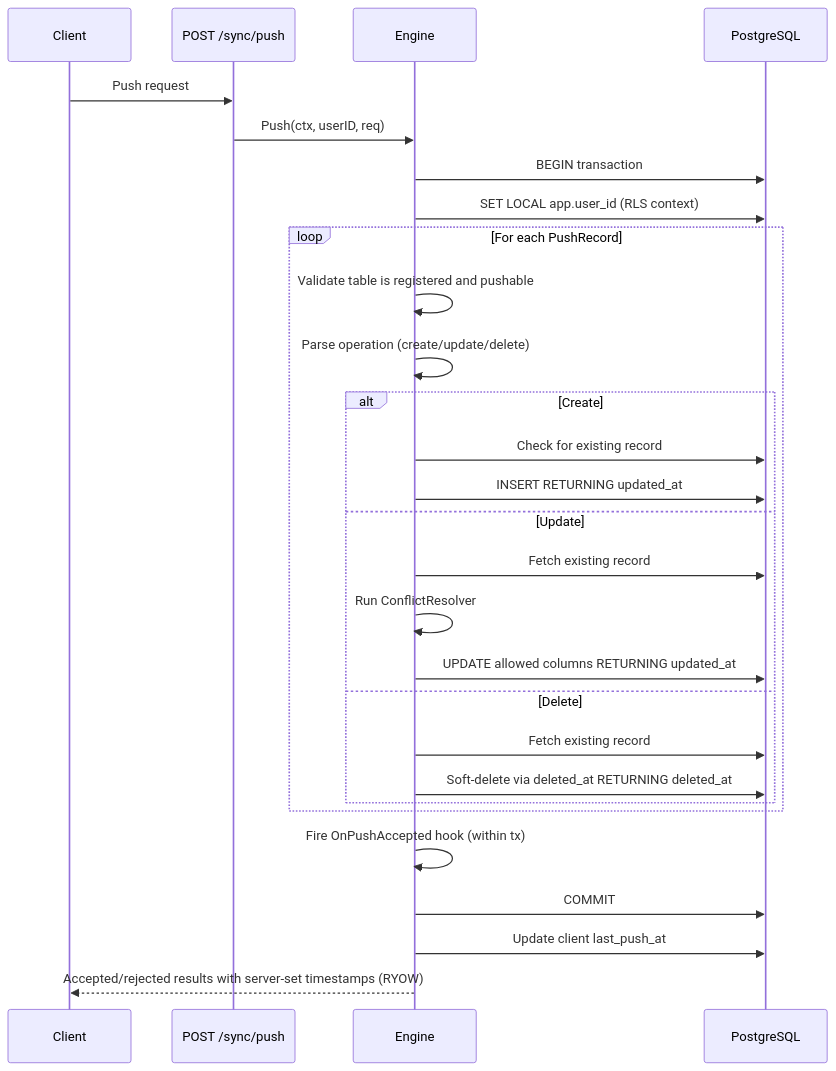
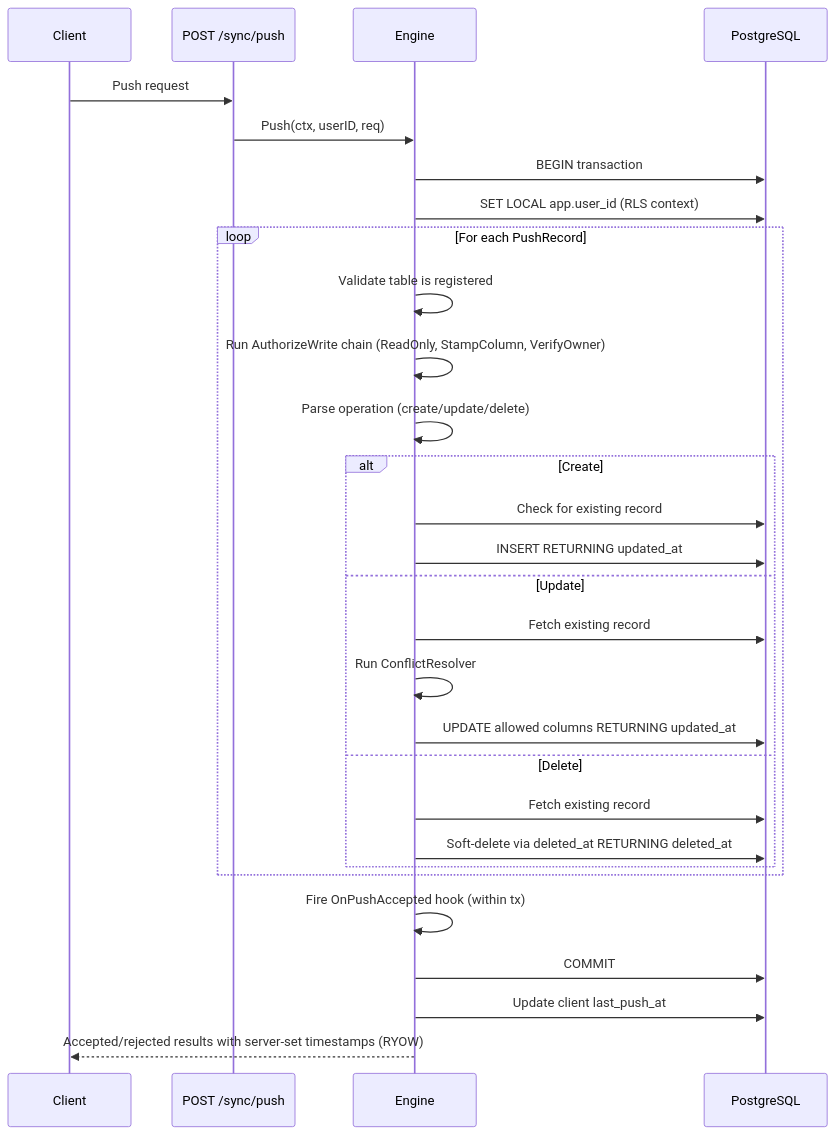
One commit to trainstar/synchro changed the second of 4 diagrams in docs/src/content/docs/server/architecture.md. Above: the diagram before and after it, drawn with Mermaid. The commit also changed other lines of this file and 57 other files, not shown here.

First line of the commit message:
feat: add checksum verification, schema introspection, and client SDK pull/push enhancements

```diff
--- a/docs/src/content/docs/server/architecture.md
+++ b/docs/src/content/docs/server/architecture.md
@@ -136,33 +179,34 @@
 <pre class="mermaid">
 sequenceDiagram
     participant Client
     participant Handler as POST /sync/push
     participant Engine
     participant DB as PostgreSQL
 
     Client->>Handler: Push request
     Handler->>Engine: Push(ctx, userID, req)
     Engine->>DB: BEGIN transaction
     Engine->>DB: SET LOCAL app.user_id (RLS context)
 
     loop For each PushRecord
-        Engine->>Engine: Validate table is registered and pushable
+        Engine->>Engine: Validate table is registered
+        Engine->>Engine: Run AuthorizeWrite chain (ReadOnly, StampColumn, VerifyOwner)
         Engine->>Engine: Parse operation (create/update/delete)
         alt Create
             Engine->>DB: Check for existing record
             Engine->>DB: INSERT RETURNING updated_at
         else Update
             Engine->>DB: Fetch existing record
             Engine->>Engine: Run ConflictResolver
             Engine->>DB: UPDATE allowed columns RETURNING updated_at
         else Delete
             Engine->>DB: Fetch existing record
             Engine->>DB: Soft-delete via deleted_at RETURNING deleted_at
         end
     end
 
     Engine->>Engine: Fire OnPushAccepted hook (within tx)
     Engine->>DB: COMMIT
     Engine->>DB: Update client last_push_at
     Engine-->>Client: Accepted/rejected results with server-set timestamps (RYOW)
 </pre>
```
